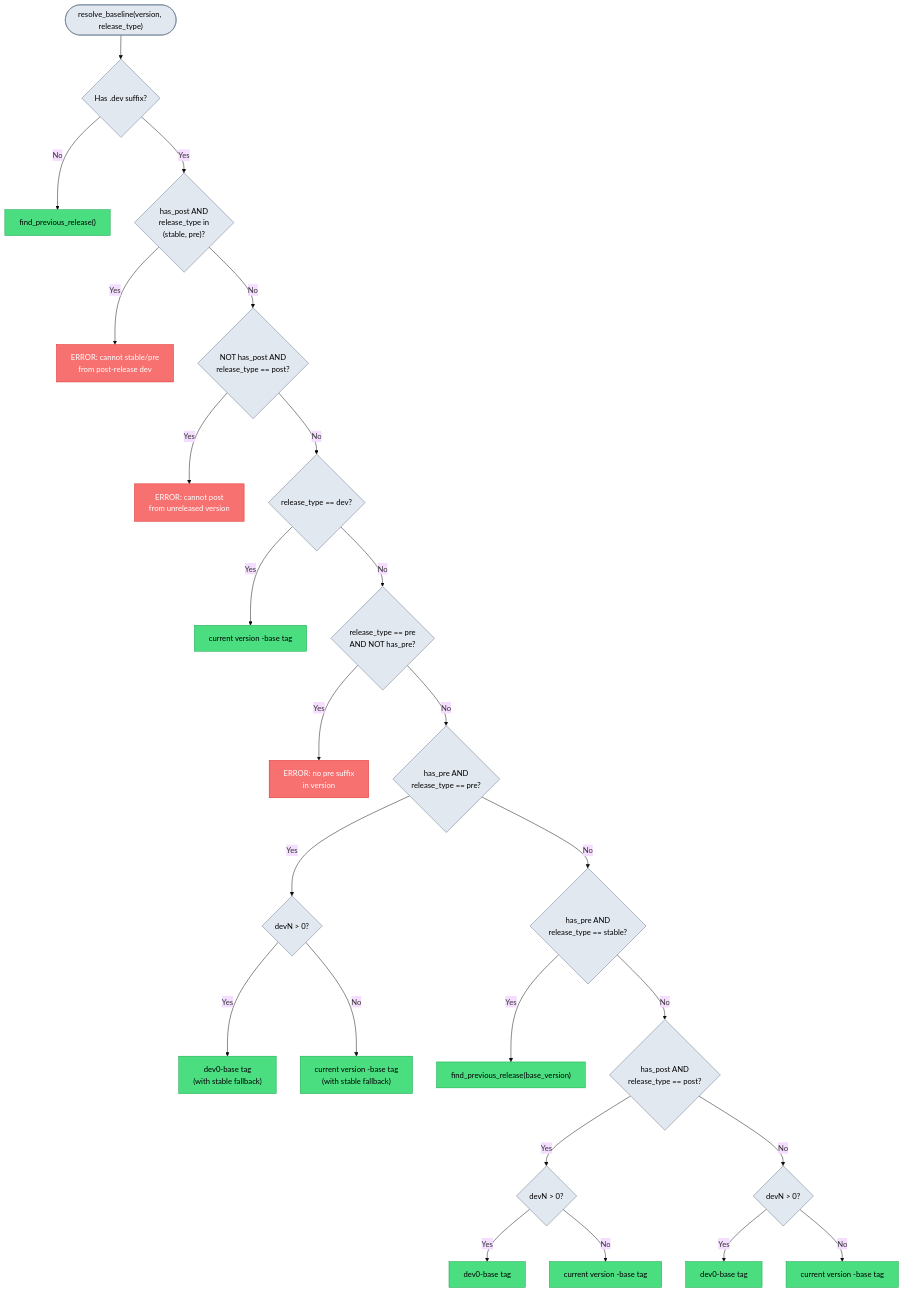
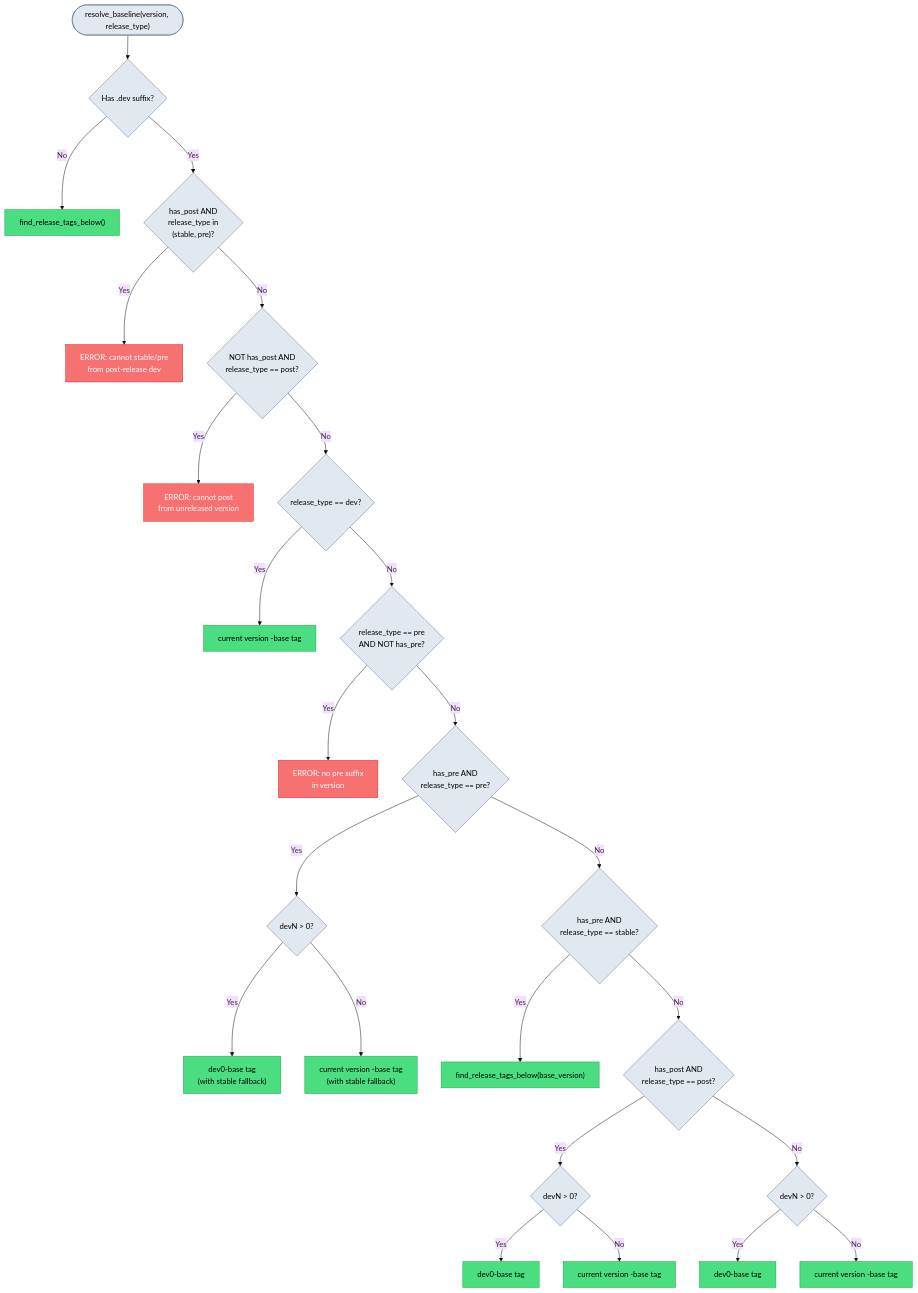
Before and after one commit to tylerpayne/lazy-wheels: the ninth of 13 diagrams in docs/under-the-hood/package-states.md, drawn with Mermaid (base theme). The commit also changed other lines of this file and 2 other files, not shown here.

Commit message:
docs: update stale references to renamed functions and flags
Replace find_previous_release with find_release_tags_below in docs and
test docstrings. Update troubleshooting to show --packages instead of
--rebuild for uvr build.

````diff
--- a/docs/under-the-hood/package-states.md
+++ b/docs/under-the-hood/package-states.md
@@ -561,71 +561,71 @@
 ```mermaid
 flowchart TD
     classDef result fill:#4ade80,stroke:#16a34a,color:#000
     classDef error fill:#f87171,stroke:#dc2626,color:#fff
     classDef decision fill:#e2e8f0,stroke:#64748b,color:#000
 
     start(["resolve_baseline(version, release_type)"]):::decision
     hasdev{"Has .dev suffix?"}:::decision
-    cleanpath["find_previous_release()"]:::result
+    cleanpath["find_release_tags_below()"]:::result
 
     haspost_sp{"has_post AND<br/>release_type in<br/>(stable, pre)?"}:::decision
     err1["ERROR: cannot stable/pre<br/>from post-release dev"]:::error
 
     nopost_post{"NOT has_post AND<br/>release_type == post?"}:::decision
     err2["ERROR: cannot post<br/>from unreleased version"]:::error
 
     isdev{"release_type == dev?"}:::decision
     devbase["current version -base tag"]:::result
 
     pre_nopre{"release_type == pre<br/>AND NOT has_pre?"}:::decision
     err3["ERROR: no pre suffix<br/>in version"]:::error
 
     pre_pre{"has_pre AND<br/>release_type == pre?"}:::decision
     devgt0_pre{"devN > 0?"}:::decision
     prebase0["dev0-base tag<br/>(with stable fallback)"]:::result
     prebase["current version -base tag<br/>(with stable fallback)"]:::result
 
     pre_stable{"has_pre AND<br/>release_type == stable?"}:::decision
-    cumulative["find_previous_release(base_version)"]:::result
+    cumulative["find_release_tags_below(base_version)"]:::result
 
     post_post{"has_post AND<br/>release_type == post?"}:::decision
     devgt0_post{"devN > 0?"}:::decision
     postbase0["dev0-base tag"]:::result
     postbase["current version -base tag"]:::result
 
     devgt0_final{"devN > 0?"}:::decision
     finalbase0["dev0-base tag"]:::result
     finalbase["current version -base tag"]:::result
 
     start --> hasdev
     hasdev -->|"No"| cleanpath
     hasdev -->|"Yes"| haspost_sp
 
     haspost_sp -->|"Yes"| err1
     haspost_sp -->|"No"| nopost_post
 
     nopost_post -->|"Yes"| err2
     nopost_post -->|"No"| isdev
 
     isdev -->|"Yes"| devbase
     isdev -->|"No"| pre_nopre
 
     pre_nopre -->|"Yes"| err3
     pre_nopre -->|"No"| pre_pre
 
     pre_pre -->|"Yes"| devgt0_pre
     devgt0_pre -->|"Yes"| prebase0
     devgt0_pre -->|"No"| prebase
     pre_pre -->|"No"| pre_stable
 
     pre_stable -->|"Yes"| cumulative
     pre_stable -->|"No"| post_post
 
     post_post -->|"Yes"| devgt0_post
     devgt0_post -->|"Yes"| postbase0
     devgt0_post -->|"No"| postbase
     post_post -->|"No"| devgt0_final
 
     devgt0_final -->|"Yes"| finalbase0
     devgt0_final -->|"No"| finalbase
 ```
````
